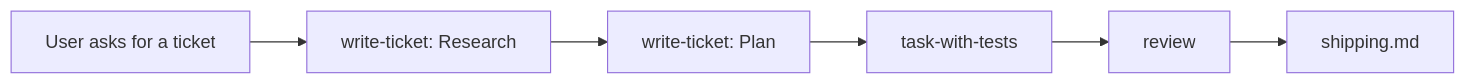
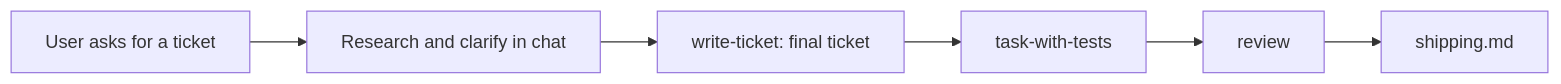
One commit to Gabriel-Lafrance/Skills changed the diagram in skills/rules/journeys/new-feature.md. Above: the diagram before and after it, drawn with Mermaid. The commit also changed other lines of this file and 16 other files, not shown here.

````diff
--- a/skills/rules/journeys/new-feature.md
+++ b/skills/rules/journeys/new-feature.md
@@ -8,8 +8,8 @@
 ```mermaid
 flowchart LR
-  ask[User asks for a ticket] --> research[write-ticket: Research]
-  research --> plan[write-ticket: Plan]
+  ask[User asks for a ticket] --> research[Research and clarify in chat]
+  research --> plan[write-ticket: final ticket]
   plan --> build[task-with-tests]
   build --> review[review]
   review --> ship[shipping.md]
 ```
````
